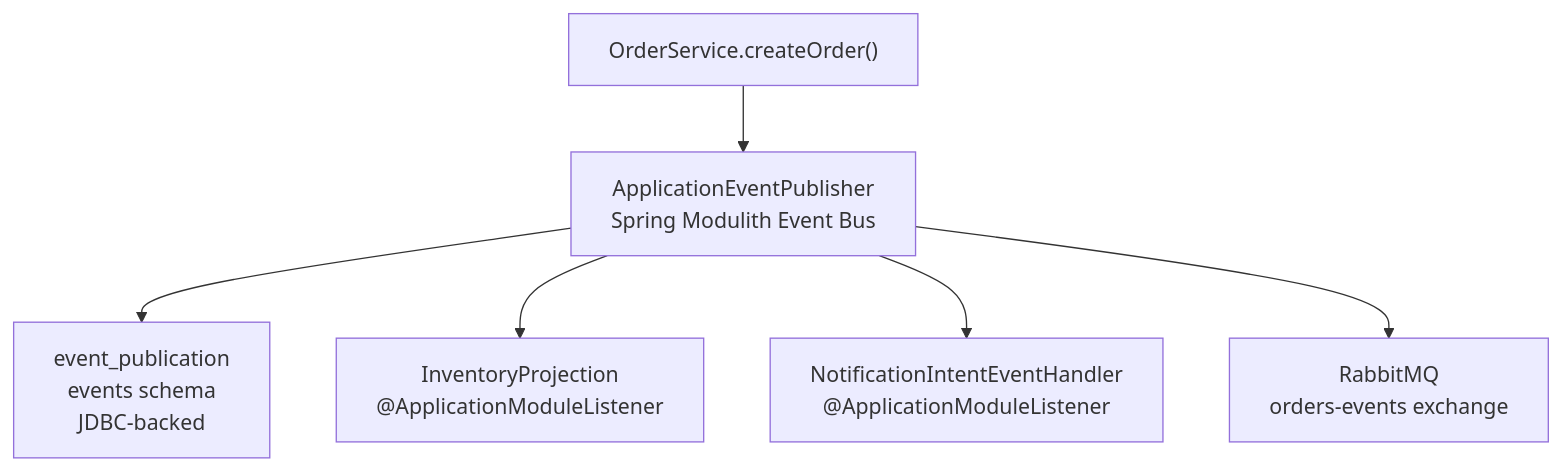
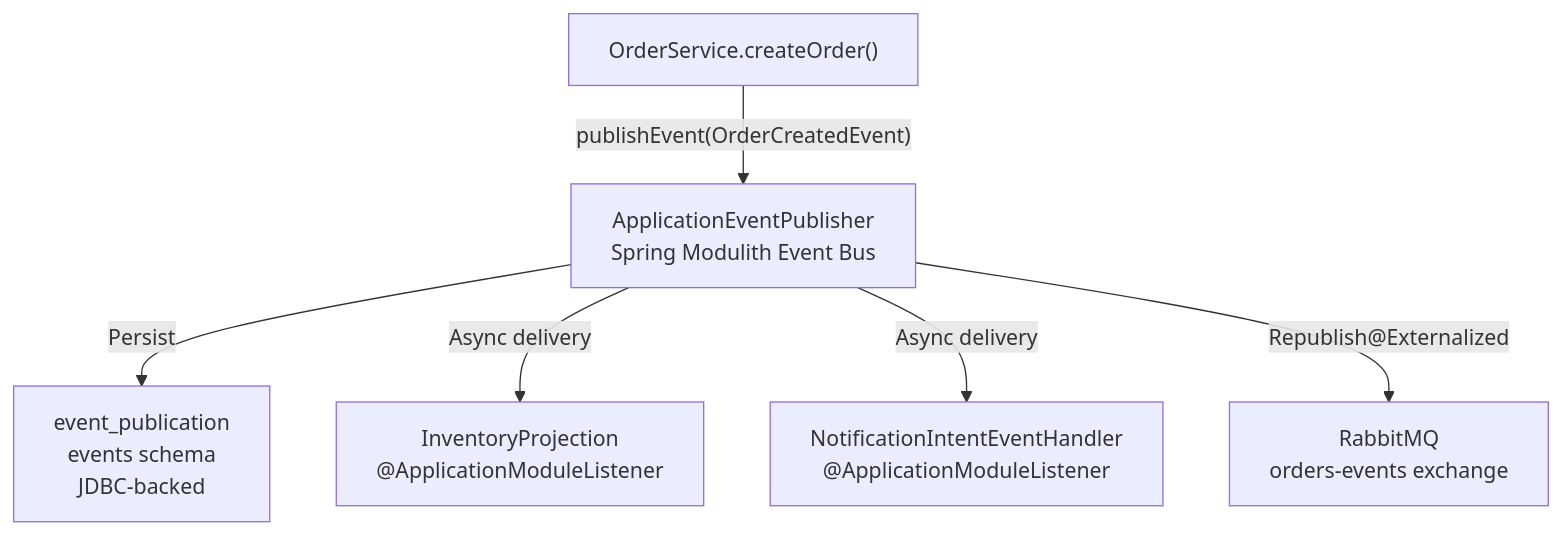
The fourth of 5 diagrams in docs/deepwiki/Overview.md (philipz/spring-modular-monolith), drawn with Mermaid before and after one commit. The commit also changed other lines of this file and 55 other files, not shown here.

````diff
--- a/docs/deepwiki/Overview.md
+++ b/docs/deepwiki/Overview.md
@@ -240,16 +240,16 @@
 ```mermaid
 flowchart TD
 
 orderService["OrderService.createOrder()"]
 eventBus["ApplicationEventPublisher<br>Spring Modulith Event Bus"]
 eventTable["event_publication<br>events schema<br>JDBC-backed"]
 inventoryHandler["InventoryProjection<br>@ApplicationModuleListener"]
 notificationHandler["NotificationIntentEventHandler<br>@ApplicationModuleListener"]
 rabbitmq["RabbitMQ<br>orders-events exchange"]
 
-orderService --> eventBus
-eventBus --> eventTable
-eventBus --> inventoryHandler
-eventBus --> notificationHandler
-eventBus --> rabbitmq
+orderService -->|"publishEvent(OrderCreatedEvent)"| eventBus
+eventBus -->|"Persist"| eventTable
+eventBus -->|"Async delivery"| inventoryHandler
+eventBus -->|"Async delivery"| notificationHandler
+eventBus -->|"Republish@Externalized"| rabbitmq
 ```
````
